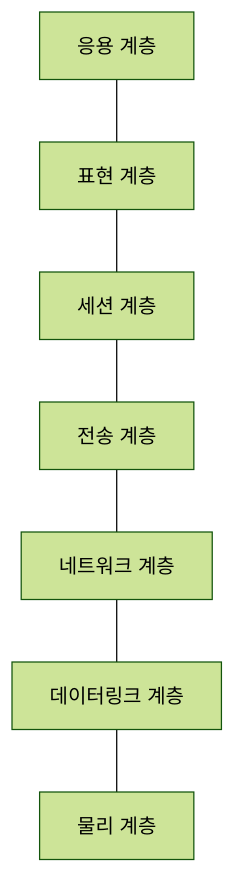
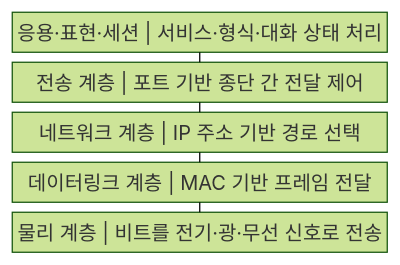
One commit to agnusdei1207/knowledge-base changed the first of 2 diagrams in src/content/docs/notes/04-network/001_osi_7_layer_model.md. Above: the diagram before and after it, drawn with Mermaid (forest theme). The commit also changed other lines of this file and 20 other files, not shown here.

````diff
--- a/src/content/docs/notes/04-network/001_osi_7_layer_model.md
+++ b/src/content/docs/notes/04-network/001_osi_7_layer_model.md
@@ -57,9 +57,13 @@
 ```mermaid
-flowchart TB
-    A["응용 계층"] --- P["표현 계층"]
-    P --- S["세션 계층"]
-    S --- T["전송 계층"]
-    T --- N["네트워크 계층"]
-    N --- D["데이터링크 계층"]
-    D --- H["물리 계층"]
+block
+    columns 1
+    A["응용·표현·세션 | 서비스·형식·대화 상태 처리"]
+    B["전송 계층 | 포트 기반 종단 간 전달 제어"]
+    C["네트워크 계층 | IP 주소 기반 경로 선택"]
+    D["데이터링크 계층 | MAC 기반 프레임 전달"]
+    E["물리 계층 | 비트를 전기·광·무선 신호로 전송"]
+    A --- B
+    B --- C
+    C --- D
+    D --- E
 ```
````
